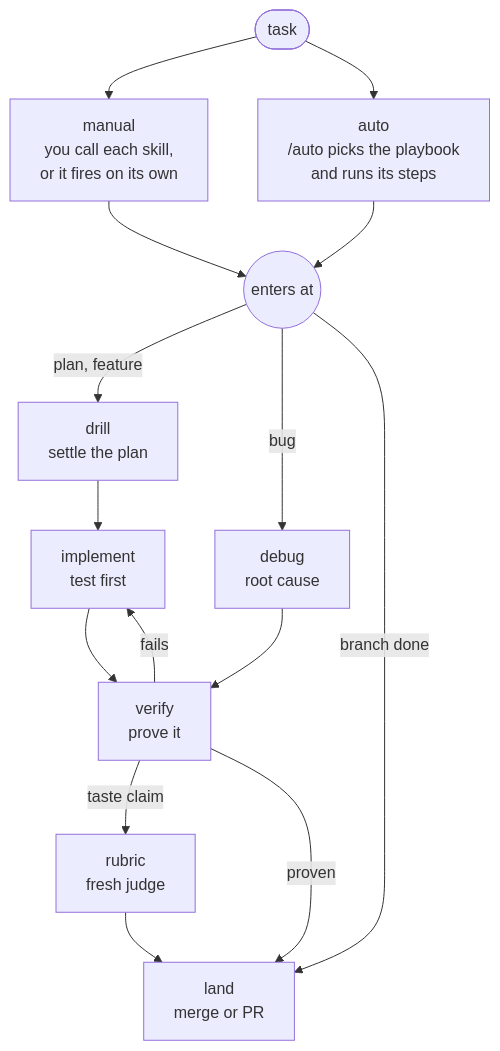
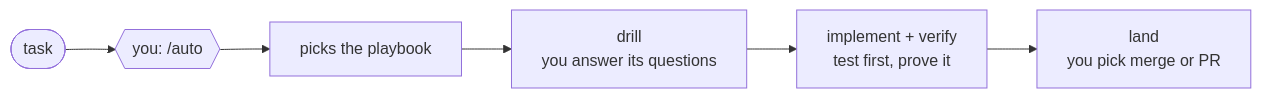
Before and after one commit to pwguler/skills: the second of 2 diagrams in README.md, drawn with Mermaid. The commit also changed other lines of this file, not shown here.

Commit message:
readme: draw manual and auto as two left-to-right flows of one feature, with the user's steps as hexagons
Manual has three: /drill, /implement, /land. Auto has one: /auto, then the playbook starts each skill in order. Both keep drill's questions and the merge-or-PR choice with the user. Both flows rendered with mermaid-cli and read before committing.

````diff
--- a/README.md
+++ b/README.md
@@ -53,17 +69,8 @@
 ```mermaid
-flowchart TD
-    task([task]) --> manual["manual<br/>you call each skill,<br/>or it fires on its own"]
-    task --> auto["auto<br/>/auto picks the playbook<br/>and runs its steps"]
-    manual --> enter(("enters at"))
-    auto --> enter
-    enter -- "plan, feature" --> drill["drill<br/>settle the plan"]
-    enter -- "bug" --> debug["debug<br/>root cause"]
-    enter -- "branch done" --> land
-    drill --> implement["implement<br/>test first"]
-    implement --> verify["verify<br/>prove it"]
-    verify -- "fails" --> implement
-    verify -- "taste claim" --> rubric["rubric<br/>fresh judge"]
-    rubric --> land["land<br/>merge or PR"]
-    verify -- "proven" --> land
-    debug --> verify
+flowchart LR
+    task([task]) --> y1{{"you: /auto"}}
+    y1 --> pb["picks the playbook"]
+    pb --> drill["drill<br/>you answer its questions"]
+    drill --> impl["implement + verify<br/>test first, prove it"]
+    impl --> land["land<br/>you pick merge or PR"]
 ```
````
